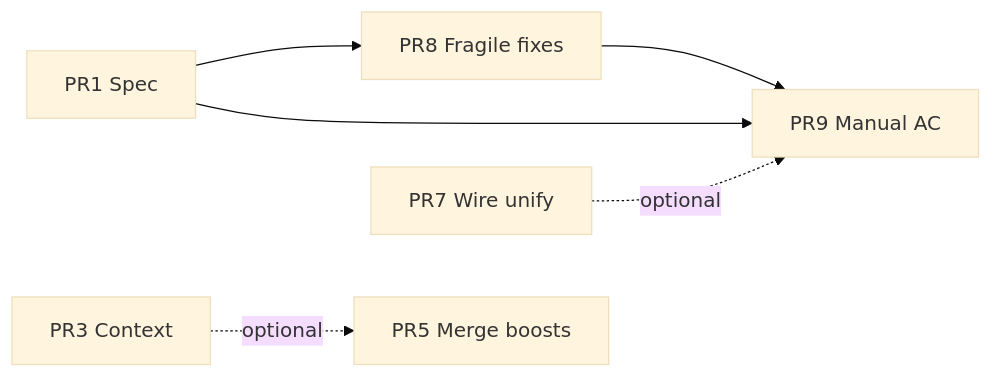
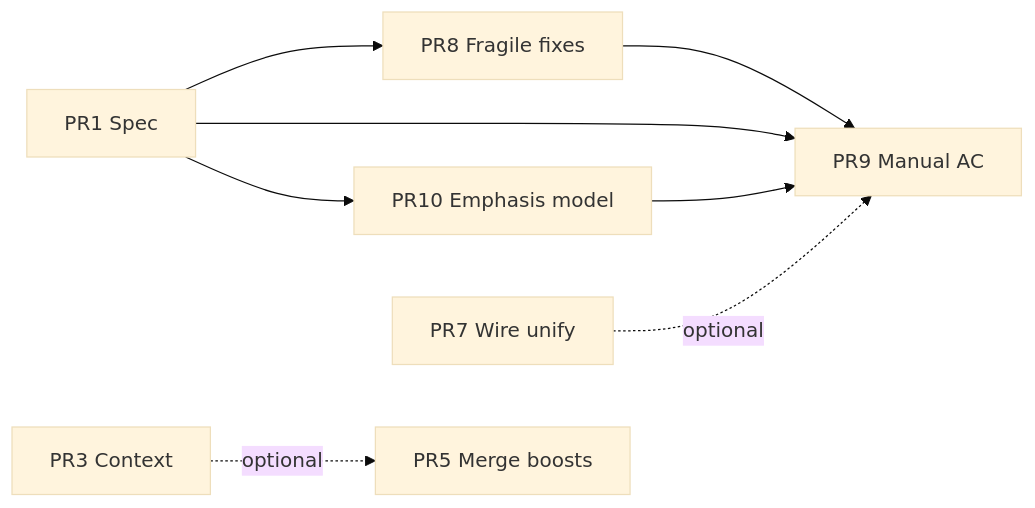
The diagram in docs/project/trace-strength-refactor-plan.md (matkleve/codegrapher), drawn with Mermaid (base theme) before and after one commit. The commit also changed other lines of this file and 110 other files, not shown here.

First line of the commit message:
Enhance token context bar and graph interaction components

````diff
--- a/docs/project/trace-strength-refactor-plan.md
+++ b/docs/project/trace-strength-refactor-plan.md
@@ -148,8 +164,10 @@
 ```mermaid
 flowchart LR
   PR1[PR1 Spec] --> PR8[PR8 Fragile fixes]
   PR1 --> PR9[PR9 Manual AC]
+  PR1 --> PR10[PR10 Emphasis model]
   PR8 --> PR9
+  PR10 --> PR9
   PR3[PR3 Context] -. optional .-> PR5[PR5 Merge boosts]
   PR7[PR7 Wire unify] -. optional .-> PR9
 ```
````
